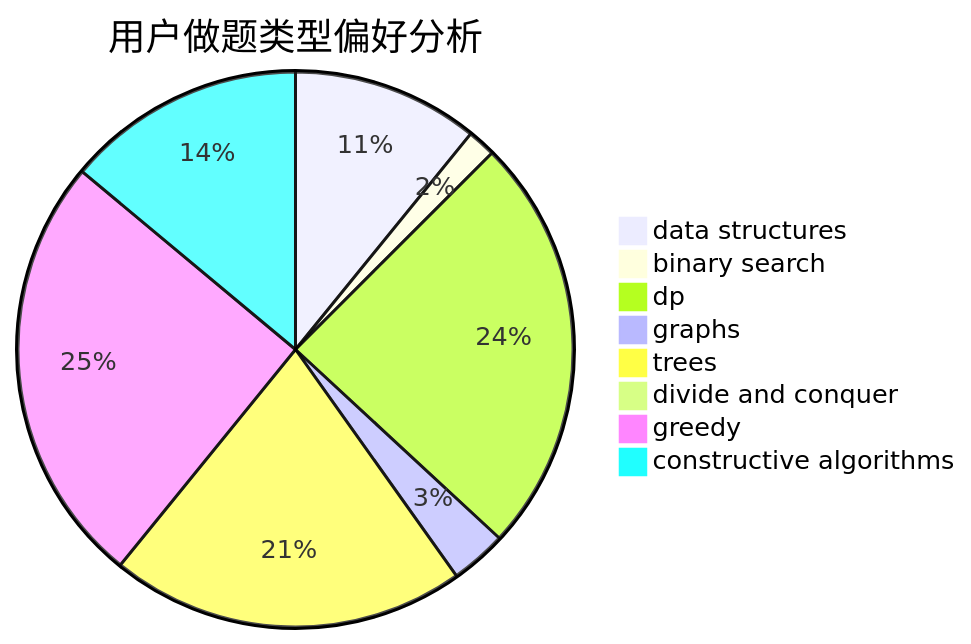
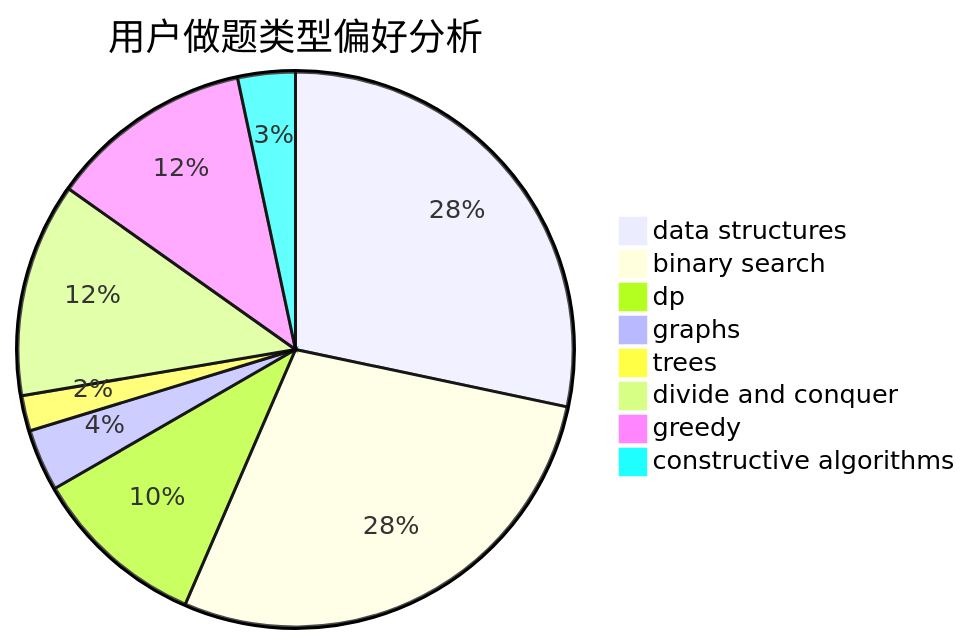
The second of 3 diagrams in docs/user/u1734.md (sherpahu/cfrs.github.io), drawn with Mermaid before and after one commit. The commit also changed other lines of this file and 2770 other files, not shown here.

````diff
--- a/docs/user/u1734.md
+++ b/docs/user/u1734.md
@@ -23,11 +23,11 @@
 ```mermaid
 pie title 用户做题类型偏好分析
-    "data structures" :  53
-    "binary search" :  8
-    "dp" :  119
-    "graphs" :  16
-    "trees" :  101
-    "divide and conquer" :  0
-    "greedy" :  123
-    "constructive algorithms" :  68
+    "data structures" :  220
+    "binary search" :  219
+    "dp" :  79
+    "graphs" :  28
+    "trees" :  16
+    "divide and conquer" :  97
+    "greedy" :  92
+    "constructive algorithms" :  26
 ```
````
